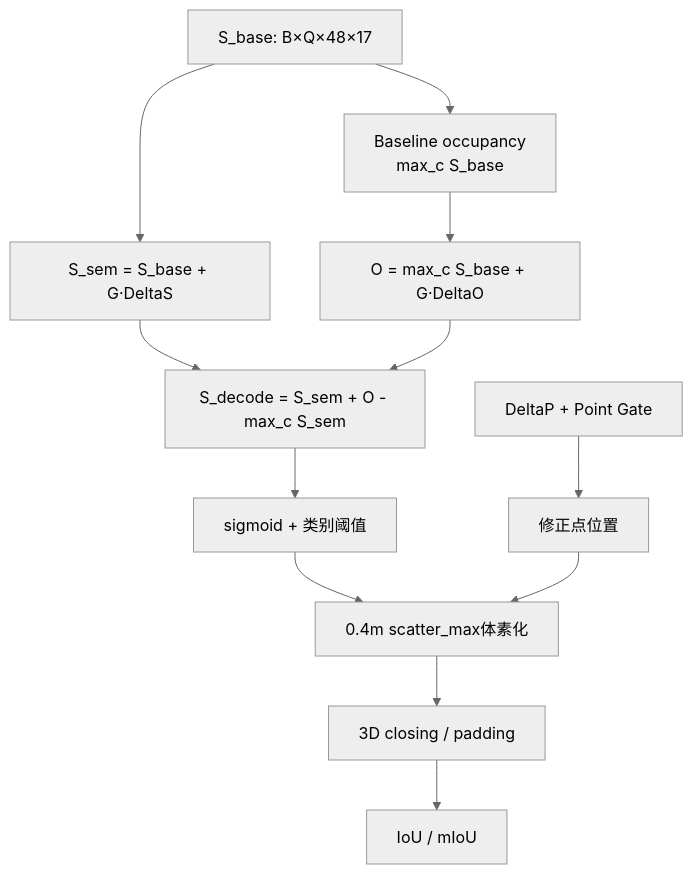
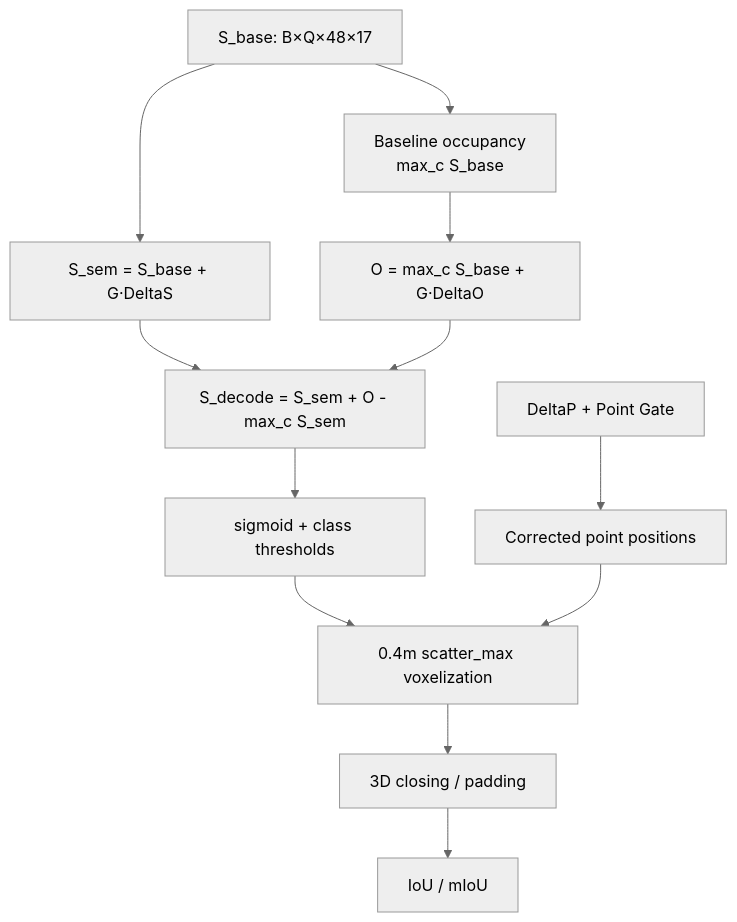
One commit to shayu36/WorldTime changed the third of 3 diagrams in docs/FUTURE_MEMORY_ADAPTER_V2_SENIOR_REVIEW_REPORT.md. Above: the diagram before and after it, drawn with Mermaid (neutral theme). The commit also changed other lines of this file and 28 other files, not shown here.

````diff
--- a/docs/FUTURE_MEMORY_ADAPTER_V2_SENIOR_REVIEW_REPORT.md
+++ b/docs/FUTURE_MEMORY_ADAPTER_V2_SENIOR_REVIEW_REPORT.md
@@ -438,14 +438,14 @@
 ```mermaid
 flowchart TD
     SB[S_base: B×Q×48×17] --> SEM[S_sem = S_base + G·DeltaS]
     SB --> BO[Baseline occupancy<br/>max_c S_base]
     BO --> OCC[O = max_c S_base + G·DeltaO]
     SEM --> DEC[S_decode = S_sem + O - max_c S_sem]
     OCC --> DEC
-    DEC --> SIG[sigmoid + 类别阈值]
-    DP[DeltaP + Point Gate] --> POS[修正点位置]
-    SIG --> VOX[0.4m scatter_max体素化]
+    DEC --> SIG[sigmoid + class thresholds]
+    DP[DeltaP + Point Gate] --> POS[Corrected point positions]
+    SIG --> VOX[0.4m scatter_max voxelization]
     POS --> VOX
     VOX --> CLOSE[3D closing / padding]
     CLOSE --> METRIC[IoU / mIoU]
 ```
````
